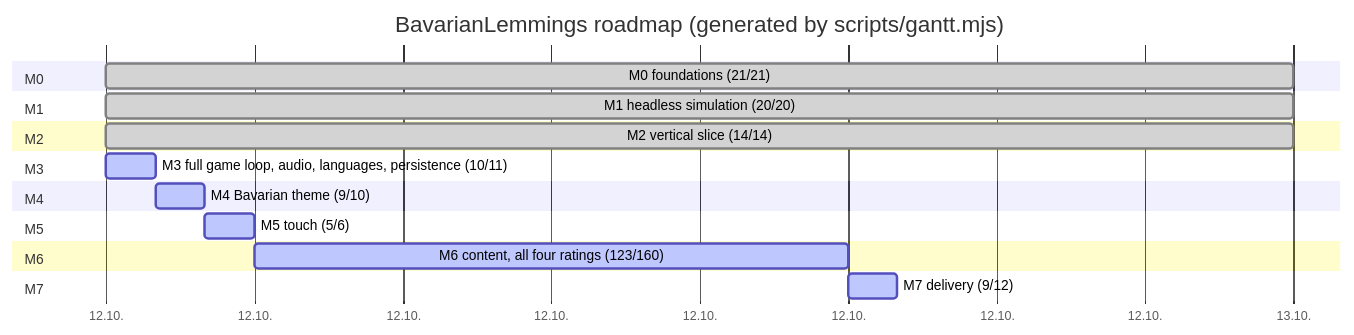
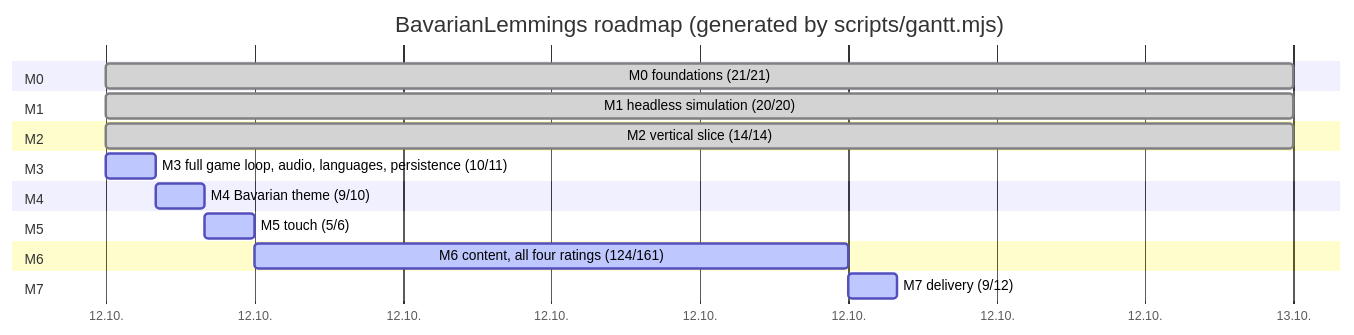
Before and after one commit to marcelpetrick/BavarianLemmings: the diagram in plan.md, drawn with Mermaid. The commit also changed other lines of this file and 5 other files, not shown here.

````diff
--- a/plan.md
+++ b/plan.md
@@ -43,22 +43,22 @@
 ```mermaid
 gantt
     title BavarianLemmings roadmap (generated by scripts/gantt.mjs)
     dateFormat  YYYY-MM-DD
     axisFormat  %d.%m.
     section M0
     M0 foundations (21/21) :done, m0, 2026-10-12, 1d
     section M1
     M1 headless simulation (20/20) :done, m1, 2026-10-12, 1d
     section M2
     M2 vertical slice (14/14) :done, m2, 2026-10-12, 1d
     section M3
     M3 full game loop, audio, languages, persistence (10/11) :active, m3, 2026-10-12, 1h
     section M4
     M4 Bavarian theme (9/10) :active, m4, after m3, 1h
     section M5
     M5 touch (5/6) :active, m5, after m4, 1h
     section M6
-    M6 content, all four ratings (123/160) :active, m6, after m5, 12h
+    M6 content, all four ratings (124/161) :active, m6, after m5, 12h
     section M7
     M7 delivery (9/12) :active, m7, after m6, 1h
 ```
````
